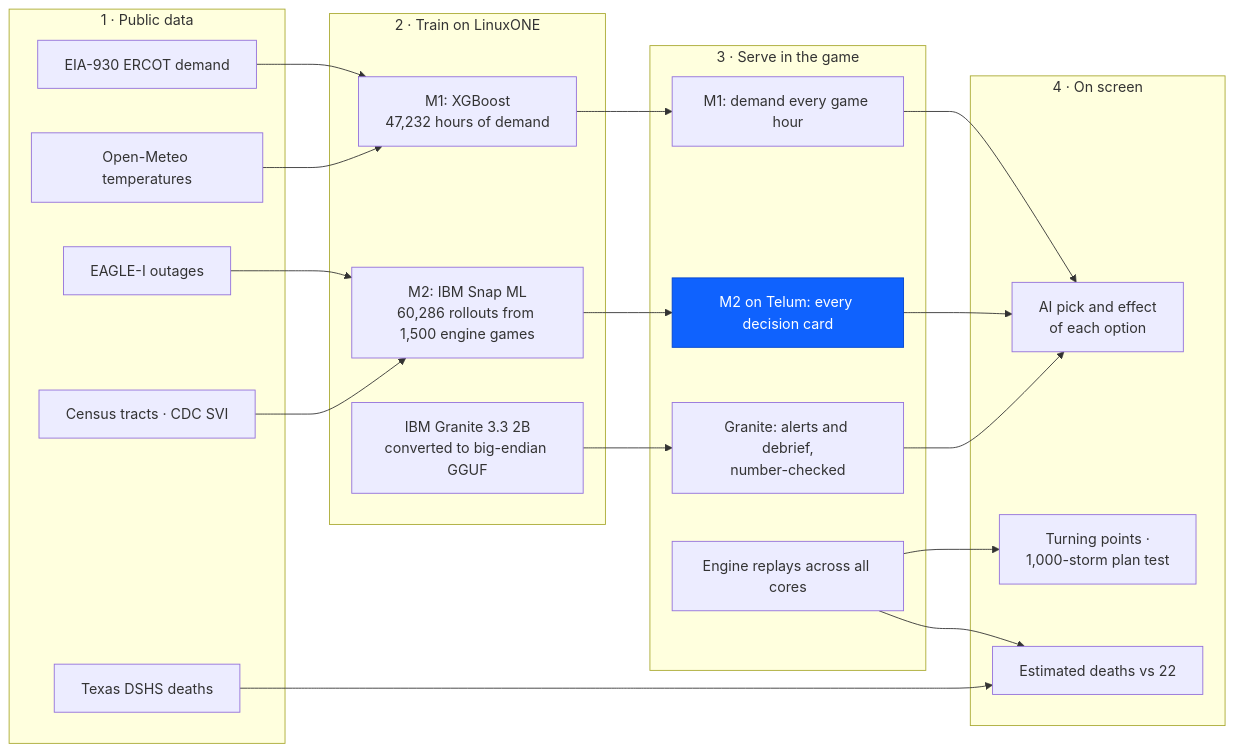
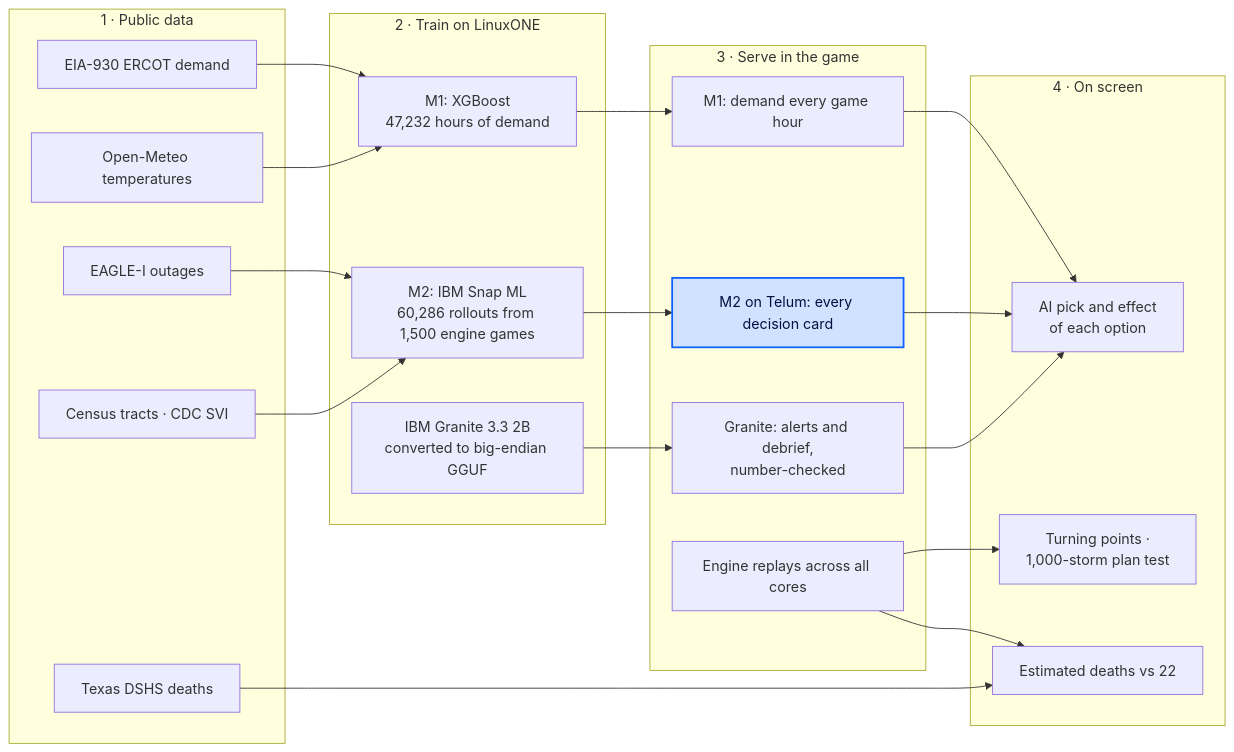
The diagram in docs/diagrams/data-ai-pipeline.mmd (adamFabsa/Control-Room-IBM-Z), drawn with Mermaid before and after one commit. The commit also changed 6 other files, not shown here.

First line of the commit message:
Diagrams: readable highlights in both Mermaid looks, the clean look by default

```diff
--- a/docs/diagrams/data-ai-pipeline.mmd
+++ b/docs/diagrams/data-ai-pipeline.mmd
@@ -1,40 +1,45 @@
+---
+config:
+  look: classic
+  theme: default
+---
 flowchart LR
   subgraph S1["1 · Public data"]
     D1["EIA-930 ERCOT demand"]
     D2["Open-Meteo temperatures"]
     D3["EAGLE-I outages"]
     D4["Census tracts · CDC SVI"]
     D5["Texas DSHS deaths"]
   end
   subgraph S2["2 · Train on LinuxONE"]
     T1["M1: XGBoost<br/>47,232 hours of demand"]
     T2["M2: IBM Snap ML<br/>60,286 rollouts from 1,500 engine games"]
     T3["IBM Granite 3.3 2B<br/>converted to big-endian GGUF"]
   end
   subgraph S3["3 · Serve in the game"]
     R1["M1: demand every game hour"]
     R2["M2 on Telum: every decision card"]
     R3["Granite: alerts and debrief,<br/>number-checked"]
     R4["Engine replays across all cores"]
   end
   subgraph S4["4 · On screen"]
     O1["AI pick and effect<br/>of each option"]
     O2["Estimated deaths vs 22"]
     O3["Turning points ·<br/>1,000-storm plan test"]
   end
   D1 --> T1
   D2 --> T1
   D3 --> T2
   D4 --> T2
   T1 --> R1
   T2 --> R2
   T3 --> R3
   R1 --> O1
   R2 --> O1
   R3 --> O1
   R4 --> O3
   D5 --> O2
   R4 --> O2
 
-  classDef ibm fill:#0f62fe,stroke:#0043ce,color:#ffffff
+  classDef ibm fill:#d0e2ff,stroke:#0f62fe,stroke-width:2px,color:#001141
   class R2 ibm
```
